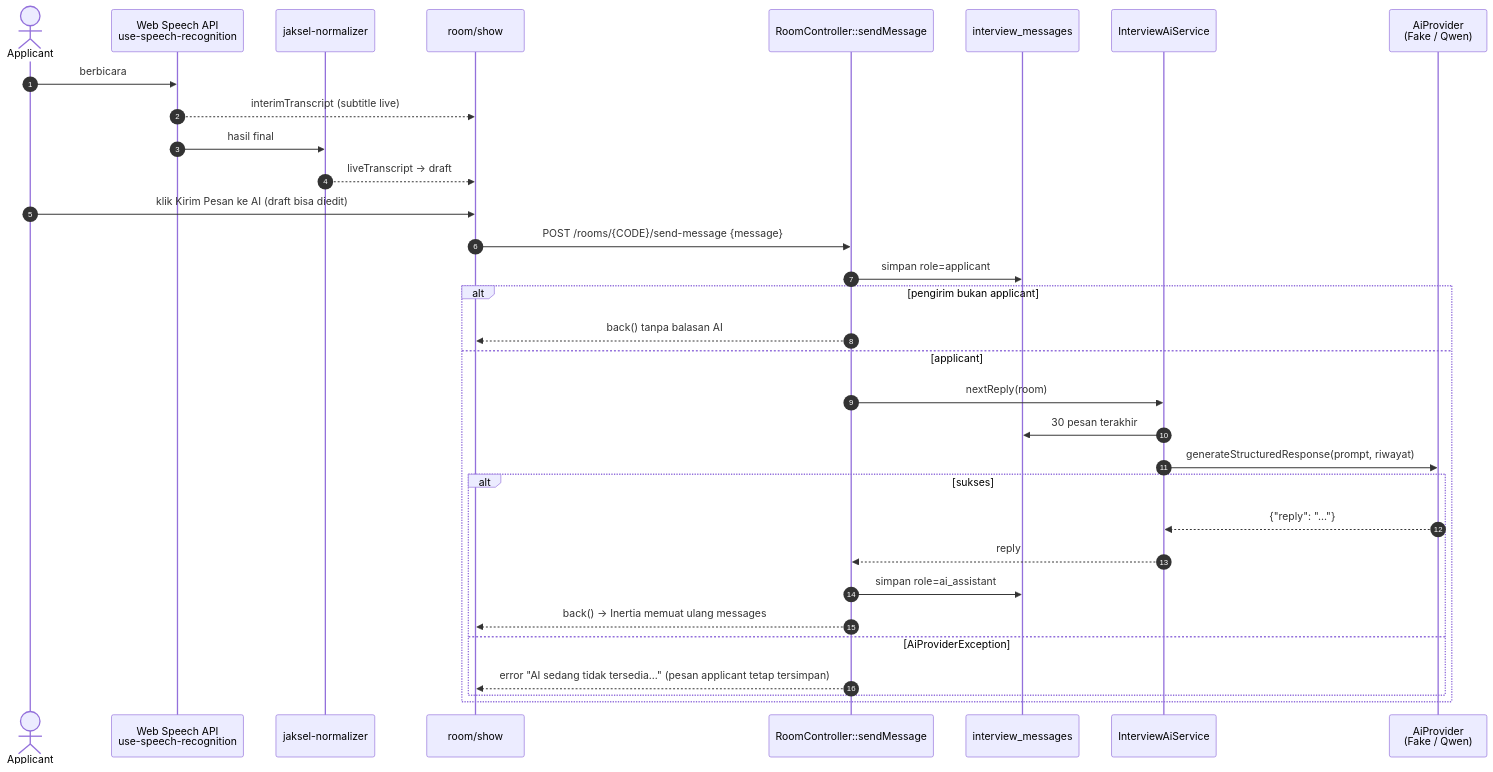
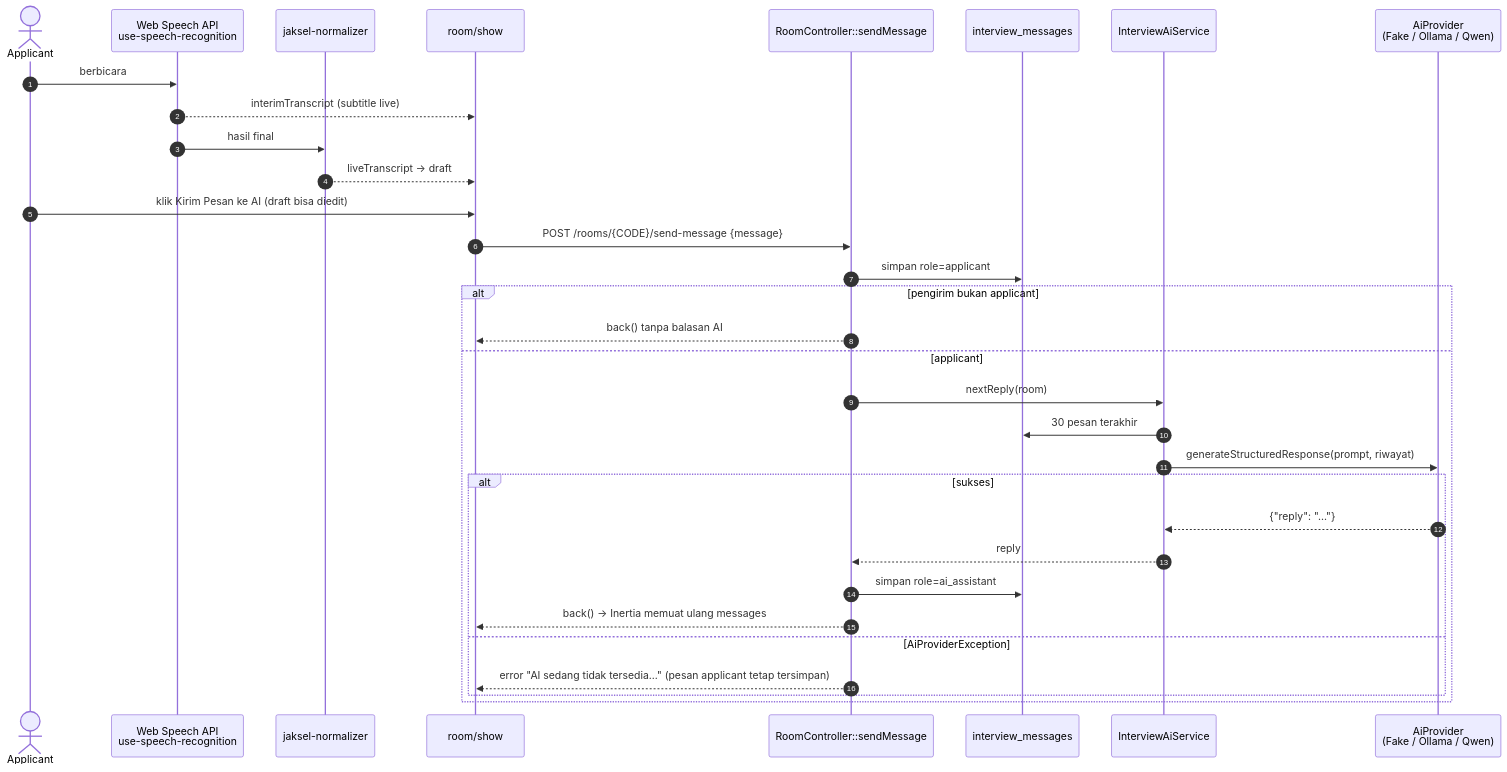
The sixth of 10 diagrams in docs/FLOWS.md (MRadhityaUtomo/ai-interviewer-test), drawn with Mermaid before and after one commit. The commit also changed other lines of this file and 37 other files, not shown here.

Commit message:
added ollama sebagai pengganti qwen sementara

````diff
--- a/docs/FLOWS.md
+++ b/docs/FLOWS.md
@@ -178,35 +180,35 @@
 ```mermaid
 sequenceDiagram
     autonumber
     actor AP as Applicant
     participant STT as Web Speech API<br/>use-speech-recognition
     participant N as jaksel-normalizer
     participant UI as room/show
     participant RC as RoomController::sendMessage
     participant DB as interview_messages
     participant AI as InterviewAiService
-    participant P as AiProvider<br/>(Fake / Qwen)
+    participant P as AiProvider<br/>(Fake / Ollama / Qwen)
 
     AP->>STT: berbicara
     STT-->>UI: interimTranscript (subtitle live)
     STT->>N: hasil final
     N-->>UI: liveTranscript → draft
     AP->>UI: klik Kirim Pesan ke AI (draft bisa diedit)
     UI->>RC: POST /rooms/{CODE}/send-message {message}
     RC->>DB: simpan role=applicant
     alt pengirim bukan applicant
         RC-->>UI: back() tanpa balasan AI
     else applicant
         RC->>AI: nextReply(room)
         AI->>DB: 30 pesan terakhir
         AI->>P: generateStructuredResponse(prompt, riwayat)
         alt sukses
             P-->>AI: {"reply": "..."}
             AI-->>RC: reply
             RC->>DB: simpan role=ai_assistant
             RC-->>UI: back() → Inertia memuat ulang messages
         else AiProviderException
             RC-->>UI: error "AI sedang tidak tersedia..." (pesan applicant tetap tersimpan)
         end
     end
 ```
````
